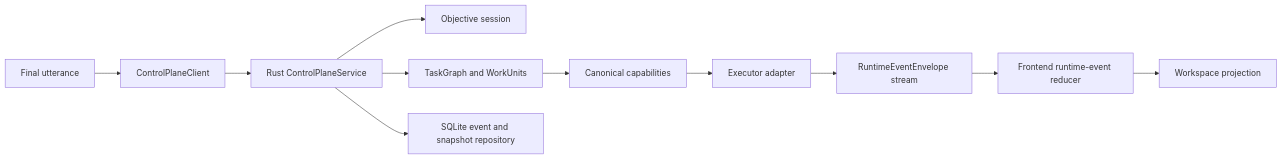
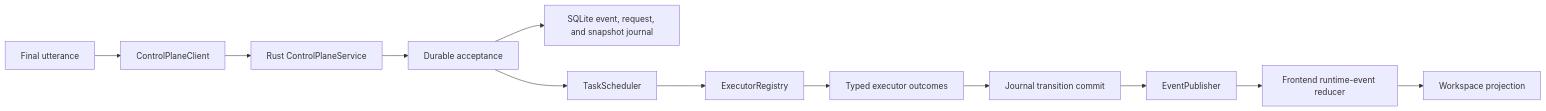
Before and after one commit to gother111/adaptive-surface: the diagram in docs/architecture/control-plane.md, drawn with Mermaid. The commit also changed other lines of this file and 20 other files, not shown here.

First line of the commit message:
feat(control-plane): add durable async scheduler

````diff
--- a/docs/architecture/control-plane.md
+++ b/docs/architecture/control-plane.md
@@ -41,13 +51,14 @@
 ```mermaid
 flowchart LR
   A["Final utterance"] --> B["ControlPlaneClient"]
   B --> C["Rust ControlPlaneService"]
-  C --> D["Objective session"]
-  C --> E["TaskGraph and WorkUnits"]
-  E --> F["Canonical capabilities"]
-  F --> G["Executor adapter"]
-  G --> H["RuntimeEventEnvelope stream"]
-  H --> I["Frontend runtime-event reducer"]
-  I --> J["Workspace projection"]
-  C --> K["SQLite event and snapshot repository"]
+  C --> D["Durable acceptance"]
+  D --> E["SQLite event, request, and snapshot journal"]
+  D --> F["TaskScheduler"]
+  F --> G["ExecutorRegistry"]
+  G --> H["Typed executor outcomes"]
+  H --> I["Journal transition commit"]
+  I --> J["EventPublisher"]
+  J --> K["Frontend runtime-event reducer"]
+  K --> L["Workspace projection"]
 ```
````
